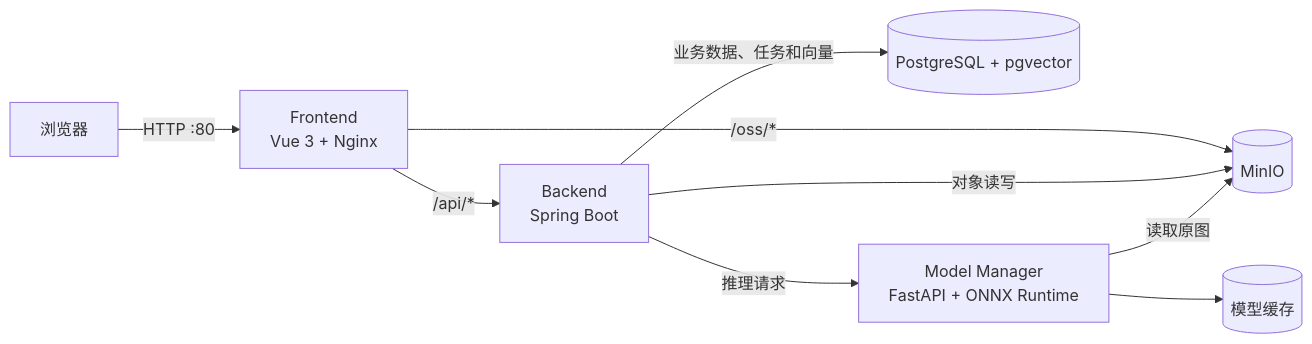
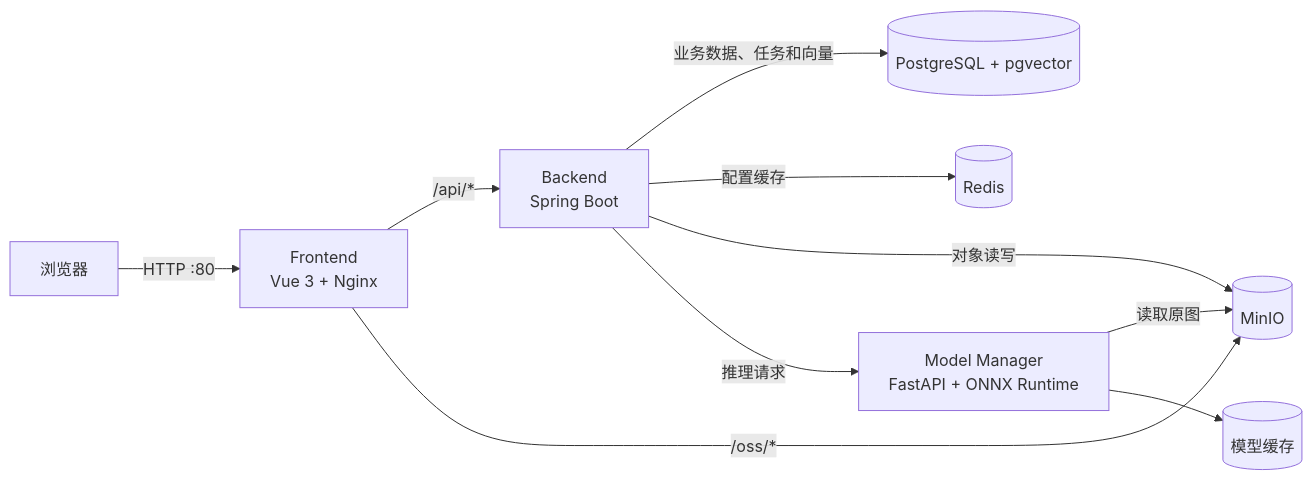
The first of 6 diagrams in docs/architecture.md (tamakara/bakabooru), drawn with Mermaid before and after one commit. The commit also changed other lines of this file and 50 other files, not shown here.

````diff
--- a/docs/architecture.md
+++ b/docs/architecture.md
@@ -5,11 +5,12 @@
 ```mermaid
 flowchart LR
     User[浏览器] -->|HTTP :80| Frontend[Frontend<br/>Vue 3 + Nginx]
     Frontend -->|/api/*| Backend[Backend<br/>Spring Boot]
     Frontend -->|/oss/*| MinIO[(MinIO)]
     Backend -->|业务数据、任务和向量| PostgreSQL[(PostgreSQL + pgvector)]
+    Backend -->|配置缓存| Redis[(Redis)]
     Backend -->|对象读写| MinIO
     Backend -->|推理请求| Manager[Model Manager<br/>FastAPI + ONNX Runtime]
     Manager -->|读取原图| MinIO
     Manager --> Cache[(模型缓存)]
 ```
````
